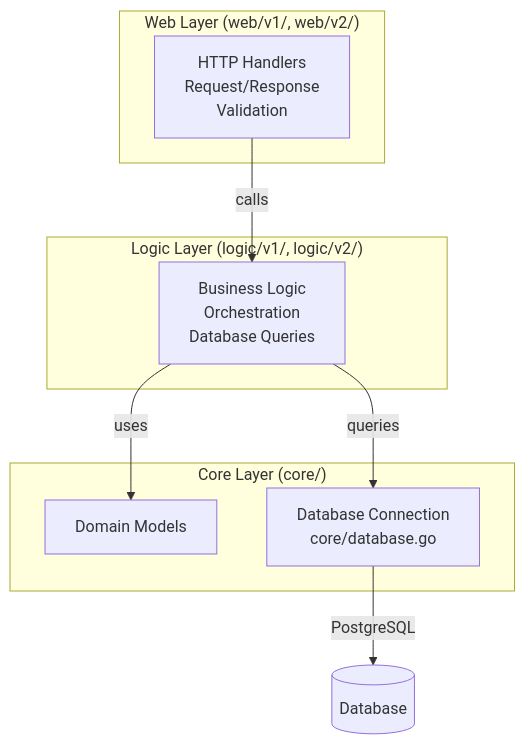
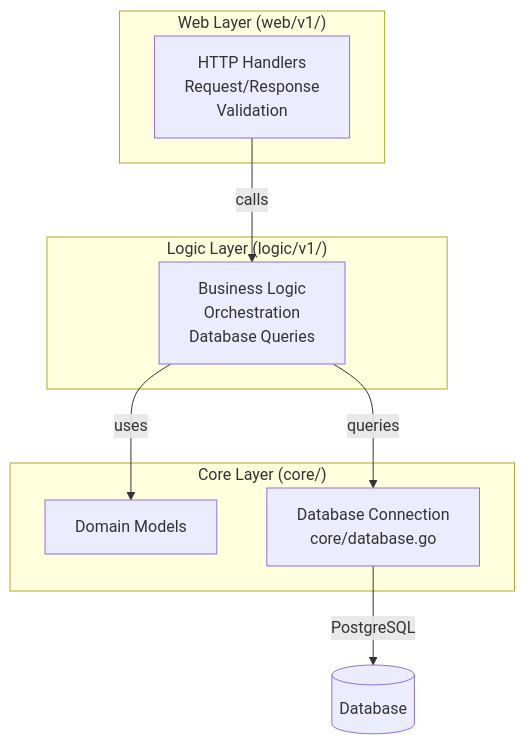
The third of 3 diagrams in AGENTS.md (duynhlab/homelab), drawn with Mermaid before and after one commit. The commit also changed other lines of this file and 12 other files, not shown here.

````diff
--- a/AGENTS.md
+++ b/AGENTS.md
@@ -108,20 +108,20 @@
 ```mermaid
 flowchart TD
-    subgraph Web["Web Layer (web/v1/, web/v2/)"]
+    subgraph Web["Web Layer (web/v1/)"]
         Handler[HTTP Handlers<br/>Request/Response<br/>Validation]
     end
     
-    subgraph Logic["Logic Layer (logic/v1/, logic/v2/)"]
+    subgraph Logic["Logic Layer (logic/v1/)"]
         Service[Business Logic<br/>Orchestration<br/>Database Queries]
     end
     
     subgraph Core["Core Layer (core/)"]
         Domain[Domain Models]
         Database[Database Connection<br/>core/database.go]
     end
     
     Handler -->|calls| Service
     Service -->|uses| Domain
     Service -->|queries| Database
     Database -->|PostgreSQL| DB[(Database)]
 ```
````
